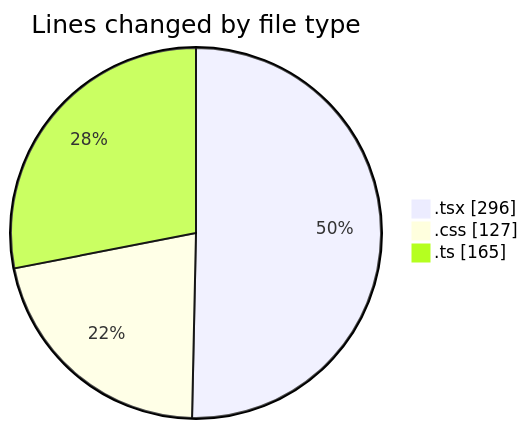
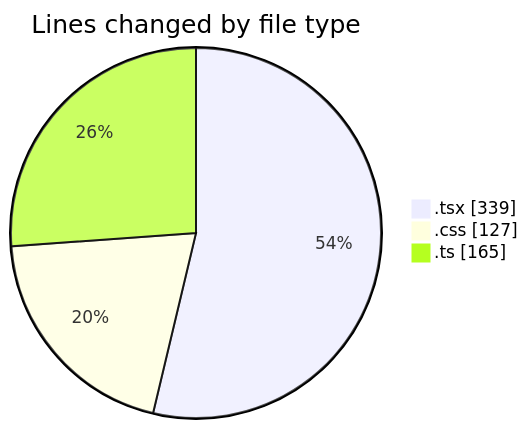
One commit to robertbonfada/code-tracking changed the first of 2 diagrams in 2025-01-09/mbc-web/README.md. Above: the diagram before and after it, drawn with Mermaid. The commit also changed other lines of this file and 1 other file, not shown here.

````diff
--- a/2025-01-09/mbc-web/README.md
+++ b/2025-01-09/mbc-web/README.md
@@ -30,7 +30,7 @@
 ```mermaid
 pie showData
 title Lines changed by file type
-".tsx" : 296
+".tsx" : 339
 ".css" : 127
 ".ts" : 165
 ```
````
